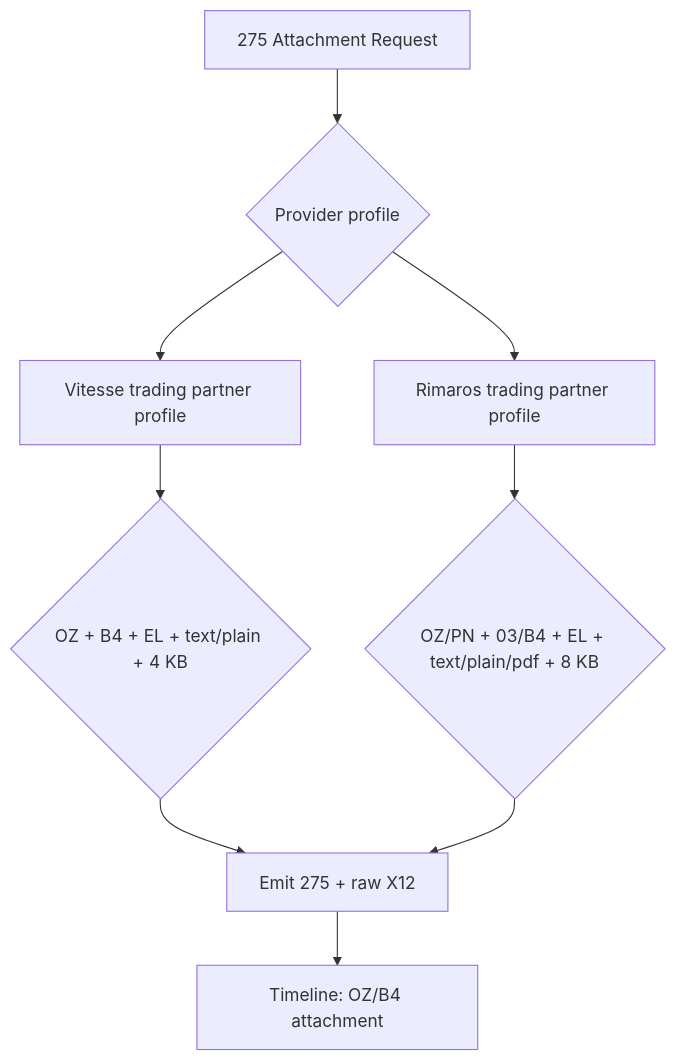
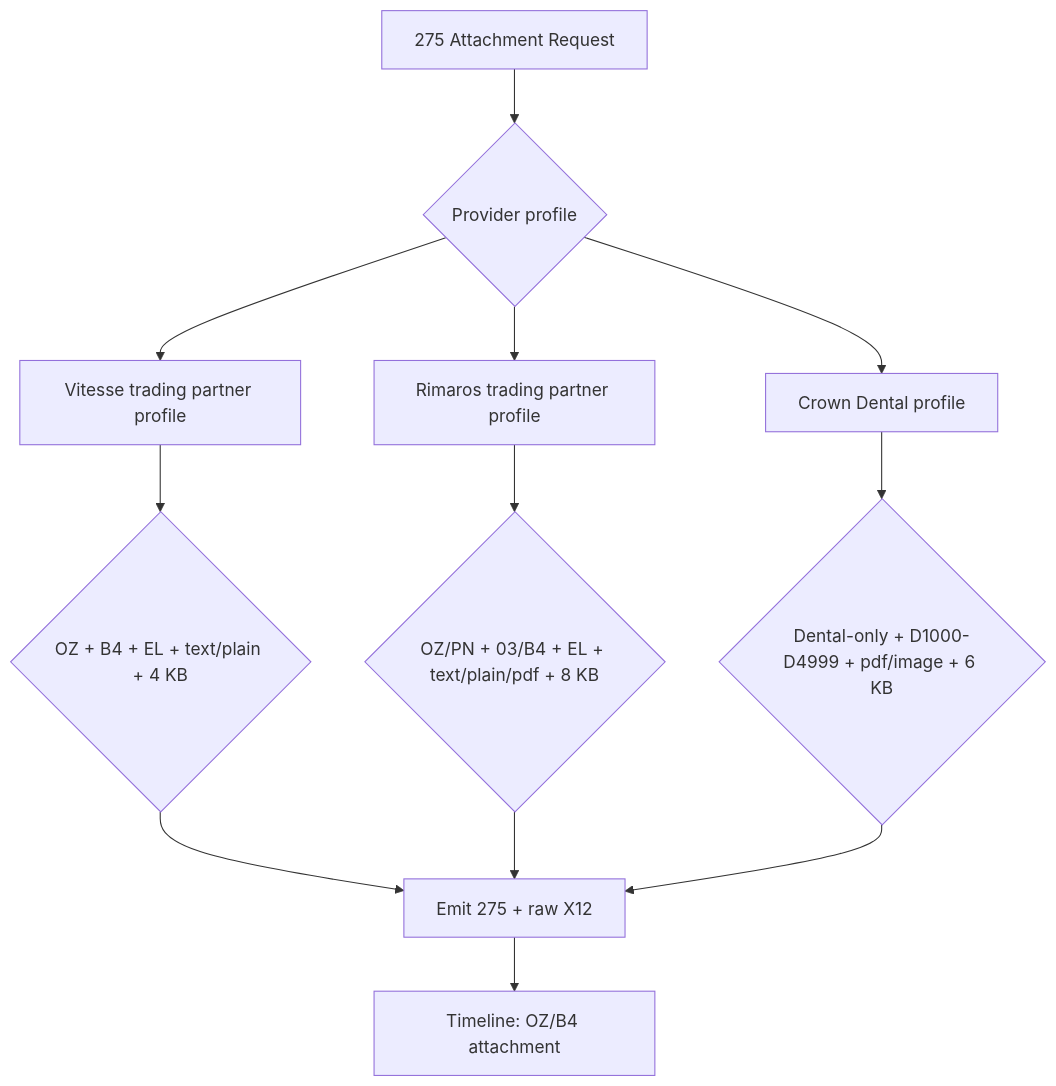
Before and after one commit to orieken/adventure-society-health-network: the ninth of 17 diagrams in docs/supported-workflows.md, drawn with Mermaid. The commit also changed other lines of this file and 10 other files, not shown here.

Commit message:
Add Crown Dental companion guide variant

````diff
--- a/docs/supported-workflows.md
+++ b/docs/supported-workflows.md
@@ -250,11 +250,14 @@
 ```mermaid
 flowchart TD
     A["275 Attachment Request"] --> B{"Provider profile"}
     B --> C["Vitesse trading partner profile"]
     B --> D["Rimaros trading partner profile"]
+    B --> I["Crown Dental profile"]
     C --> E{"OZ + B4 + EL + text/plain + 4 KB"}
     D --> F{"OZ/PN + 03/B4 + EL + text/plain/pdf + 8 KB"}
+    I --> J{"Dental-only + D1000-D4999 + pdf/image + 6 KB"}
     E --> G["Emit 275 + raw X12"]
     F --> G
+    J --> G
     G --> H["Timeline: OZ/B4 attachment"]
 ```
````
